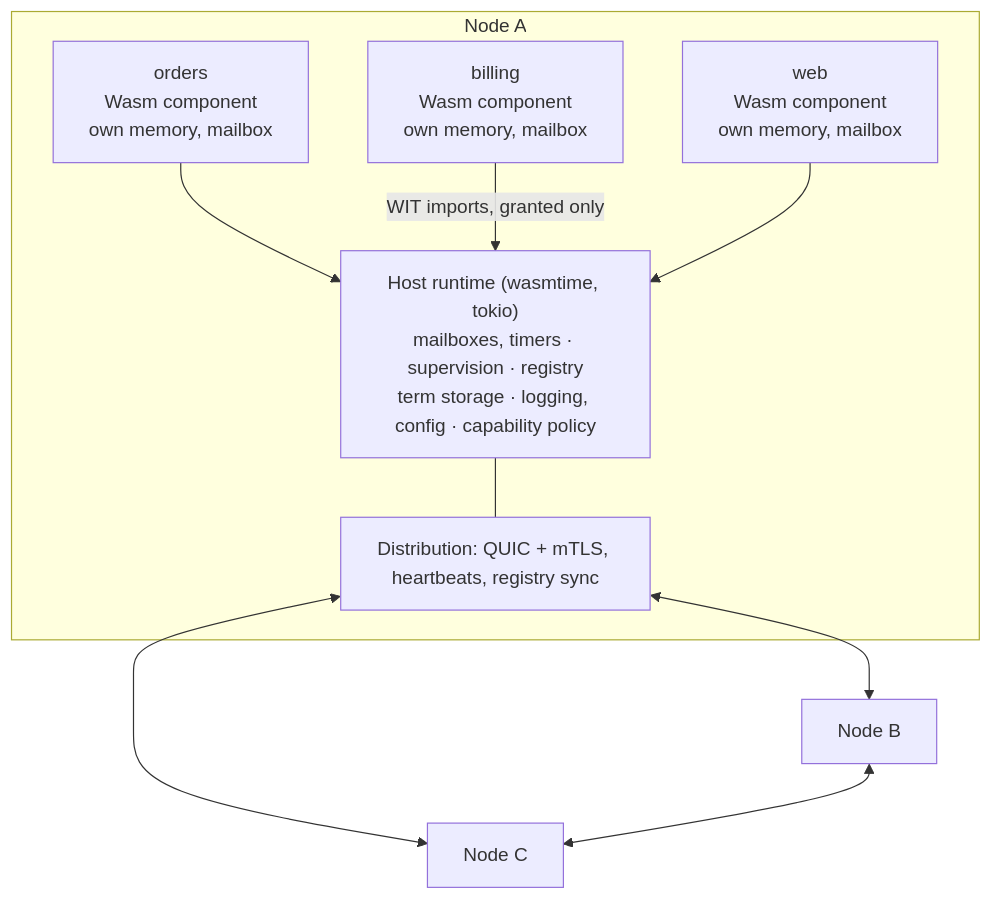
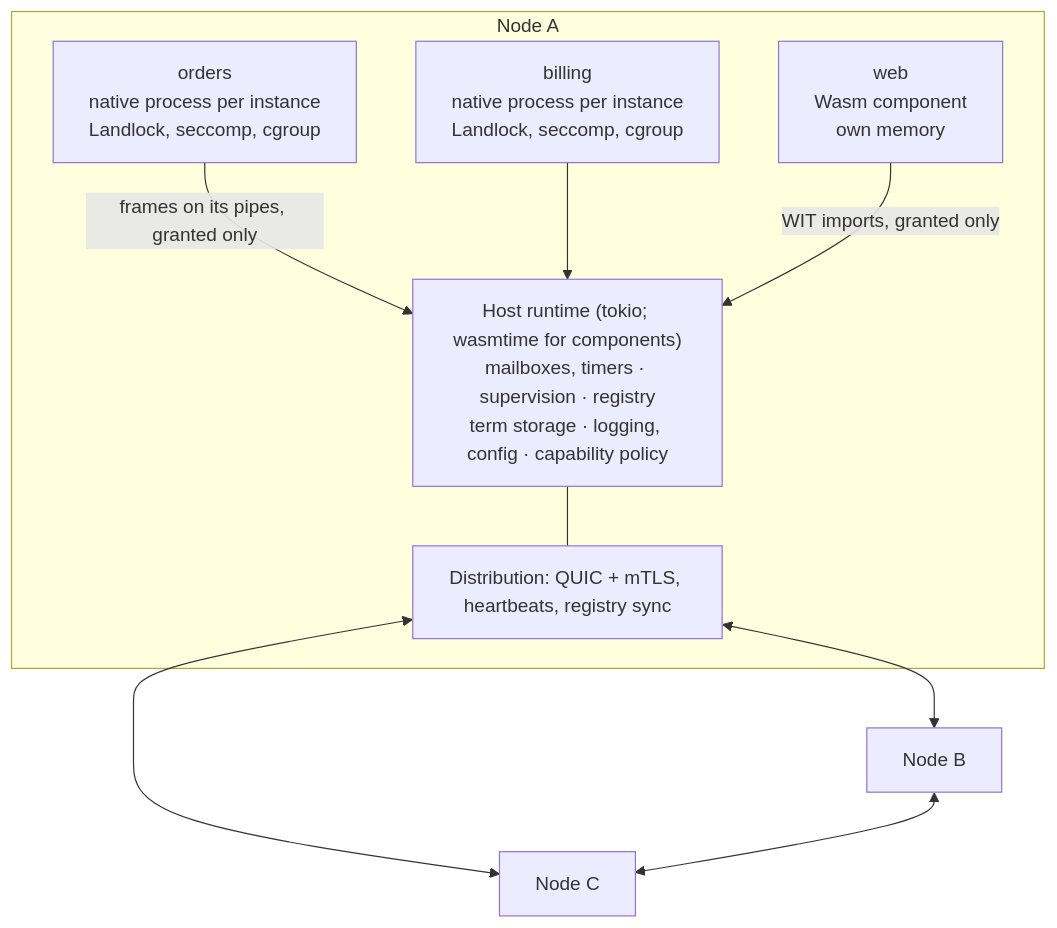
Before and after one commit to jrobhoward/paddock: the diagram in docs/DESIGN.md, drawn with Mermaid. The commit also changed other lines of this file and 11 other files, not shown here.

````diff
--- a/docs/DESIGN.md
+++ b/docs/DESIGN.md
@@ -49,17 +51,17 @@
 ```mermaid
 flowchart TB
     subgraph A["Node A"]
-        orders["orders<br/>Wasm component<br/>own memory, mailbox"]
-        billing["billing<br/>Wasm component<br/>own memory, mailbox"]
-        web["web<br/>Wasm component<br/>own memory, mailbox"]
-        host["Host runtime (wasmtime, tokio)<br/>mailboxes, timers · supervision · registry<br/>term storage · logging, config · capability policy"]
+        orders["orders<br/>native process per instance<br/>Landlock, seccomp, cgroup"]
+        billing["billing<br/>native process per instance<br/>Landlock, seccomp, cgroup"]
+        web["web<br/>Wasm component<br/>own memory"]
+        host["Host runtime (tokio; wasmtime for components)<br/>mailboxes, timers · supervision · registry<br/>term storage · logging, config · capability policy"]
         dist["Distribution: QUIC + mTLS, heartbeats, registry sync"]
-        orders --> host
-        billing -->|"WIT imports, granted only"| host
-        web --> host
+        orders -->|"frames on its pipes, granted only"| host
+        billing --> host
+        web -->|"WIT imports, granted only"| host
         host --- dist
     end
     dist <--> B["Node B"]
     dist <--> C["Node C"]
     B <--> C
 ```
````
